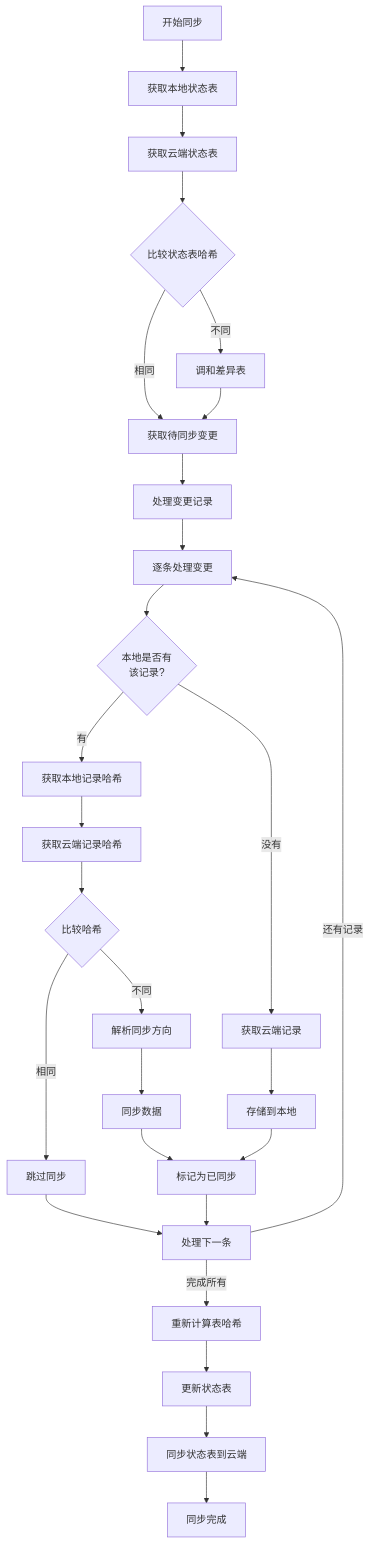
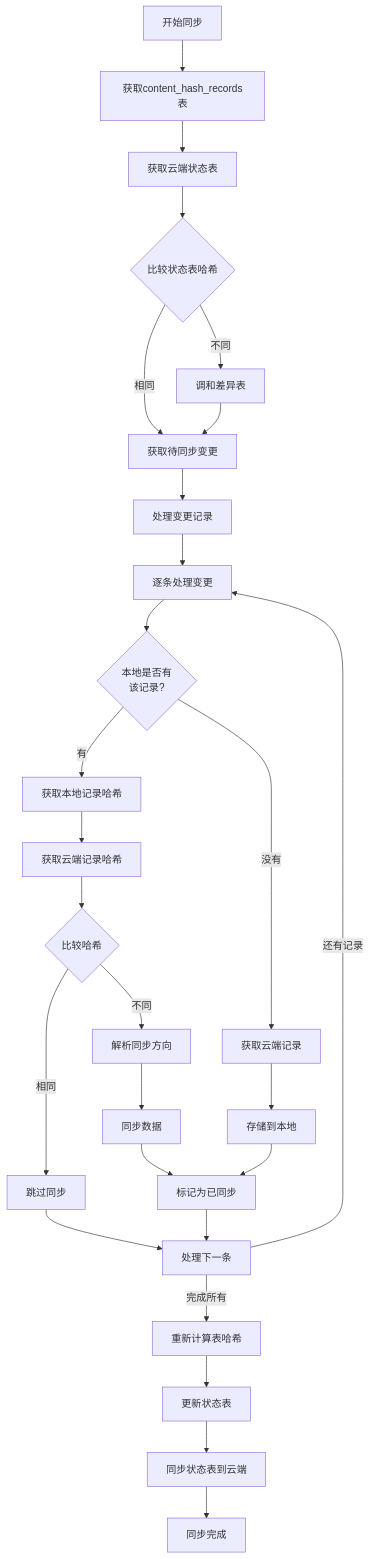
The diagram in all/未命名-42.md (yingjianzh/iodraw-files), drawn with Mermaid before and after one commit.

Commit message:
2025-04-24 15:30:16 update

````diff
--- a/all/未命名-42.md
+++ b/all/未命名-42.md
@@ -1,39 +1,39 @@
 ```mermaid
 flowchart TD
-    Start[开始同步] --> FetchLocalState[获取本地状态表]
+    Start[开始同步] --> FetchLocalState[获取content_hash_records表]
     FetchLocalState --> FetchCloudState[获取云端状态表]
     
     FetchCloudState --> CompareStates{比较状态表哈希}
     CompareStates -- 相同 --> FetchChanges[获取待同步变更]
     CompareStates -- 不同 --> ReconcileTables[调和差异表]
     
     ReconcileTables --> FetchChanges
     FetchChanges --> ProcessChanges[处理变更记录]
     
     ProcessChanges --> RecordByRecord[逐条处理变更]
     RecordByRecord --> CheckLocalRecord{本地是否有\n该记录?}
     
     CheckLocalRecord -- 有 --> GetLocalHash[获取本地记录哈希]
     CheckLocalRecord -- 没有 --> FetchCloudRecord[获取云端记录]
     
     GetLocalHash --> FetchCloudHash[获取云端记录哈希]
     FetchCloudHash --> CompareHash{比较哈希}
     
     CompareHash -- 相同 --> SkipSync[跳过同步]
     CompareHash -- 不同 --> ResolveSync[解析同步方向]
     
     FetchCloudRecord --> StoreLocalRecord[存储到本地]
     ResolveSync --> SyncData[同步数据]
     
     StoreLocalRecord --> MarkSynced[标记为已同步]
     SyncData --> MarkSynced
     SkipSync --> NextRecord[处理下一条]
     
     MarkSynced --> NextRecord
     NextRecord -- 还有记录 --> RecordByRecord
     NextRecord -- 完成所有 --> RecalcTableHashes[重新计算表哈希]
     
     RecalcTableHashes --> UpdateStateTable[更新状态表]
     UpdateStateTable --> SyncStateTable[同步状态表到云端]
     SyncStateTable --> End[同步完成]
 ```
````
